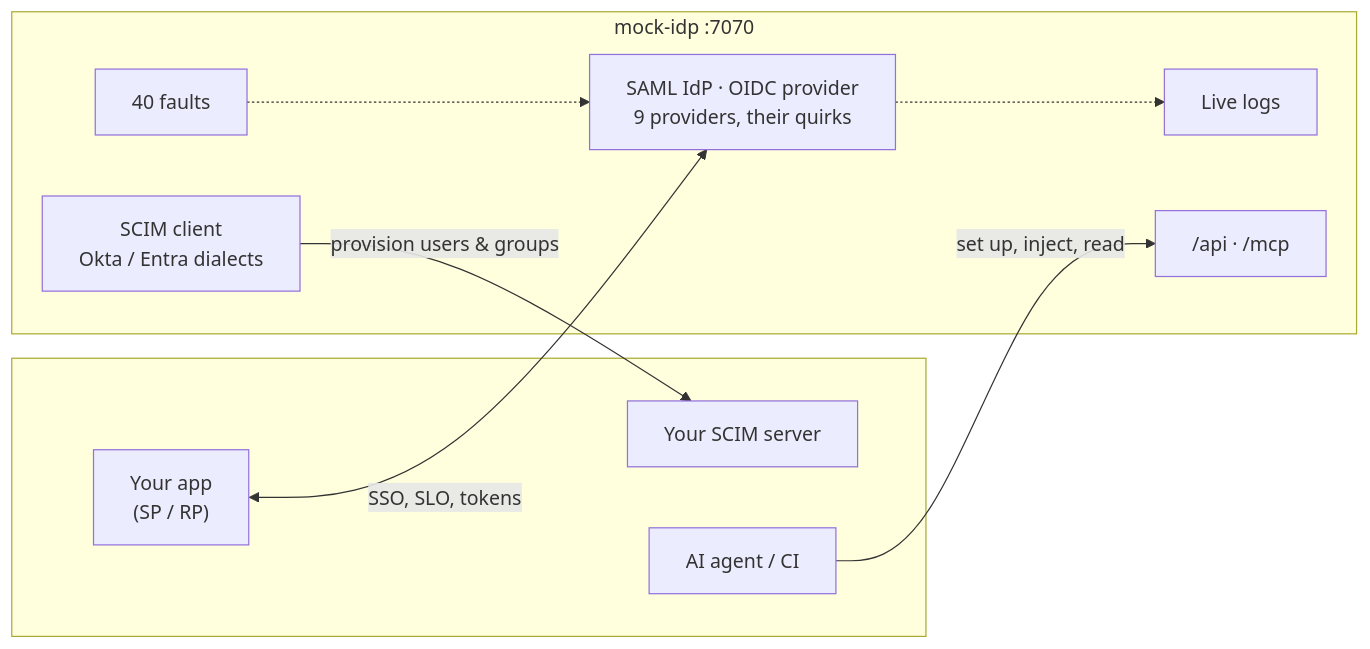
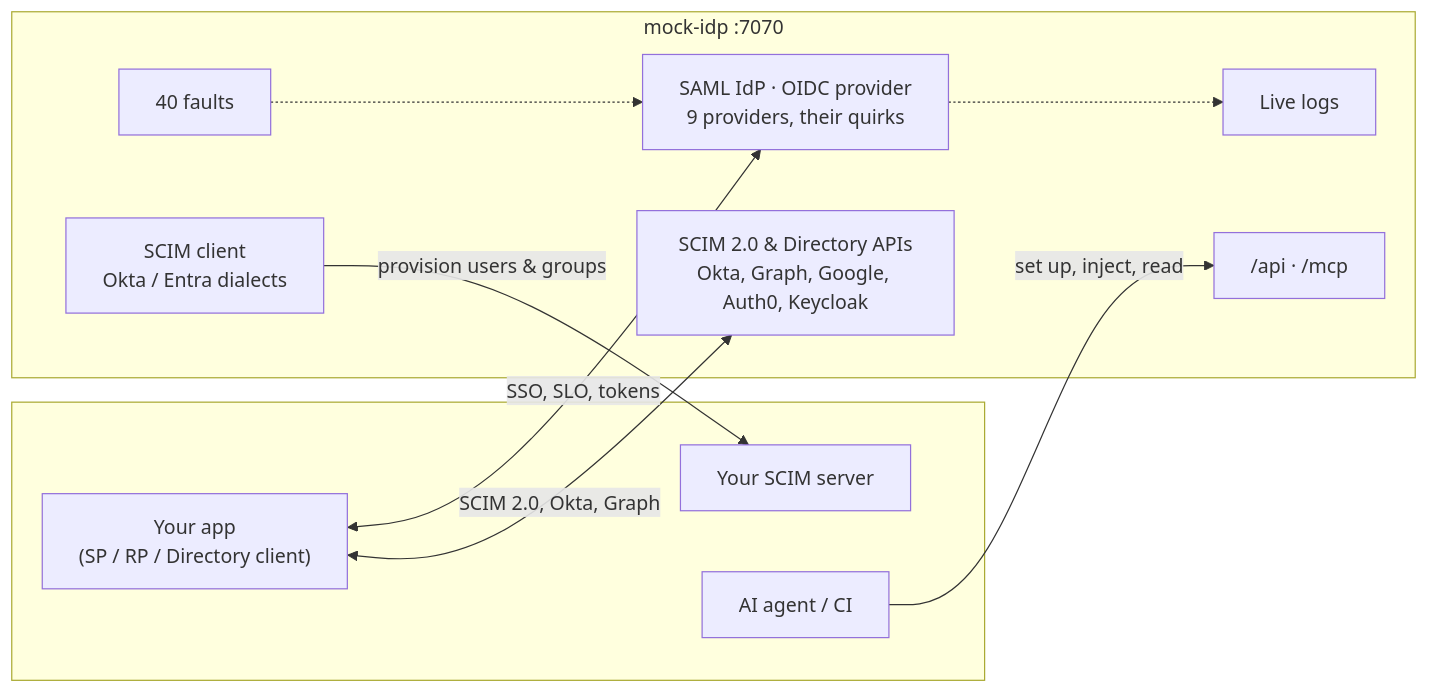
One commit to caborabo/mock-idp changed the diagram in README.md. Above: the diagram before and after it, drawn with Mermaid. The commit also changed other lines of this file and 16 other files, not shown here.

Commit message:
api: add inbound SCIM 2.0 server and Okta, MS Graph, Auth0, Google, and Keycloak REST APIs

````diff
--- a/README.md
+++ b/README.md
@@ -92,20 +92,22 @@
 ```mermaid
 flowchart LR
   subgraph you[" "]
-    app["Your app<br/>(SP / RP)"]
+    app["Your app<br/>(SP / RP / Directory client)"]
     scim["Your SCIM server"]
     agent["AI agent / CI"]
   end
   subgraph mock["mock-idp :7070"]
     idp["SAML IdP · OIDC provider<br/>9 providers, their quirks"]
+    dir["SCIM 2.0 & Directory APIs<br/>Okta, Graph, Google, Auth0, Keycloak"]
     sims["40 faults"]
     push["SCIM client<br/>Okta / Entra dialects"]
     logs["Live logs"]
     api["/api · /mcp"]
   end
   app <-- "SSO, SLO, tokens" --> idp
+  app <-- "SCIM 2.0, Okta, Graph" --> dir
   push -- "provision users & groups" --> scim
   agent -- "set up, inject, read" --> api
   sims -.-> idp
   idp -.-> logs
 ```
````
